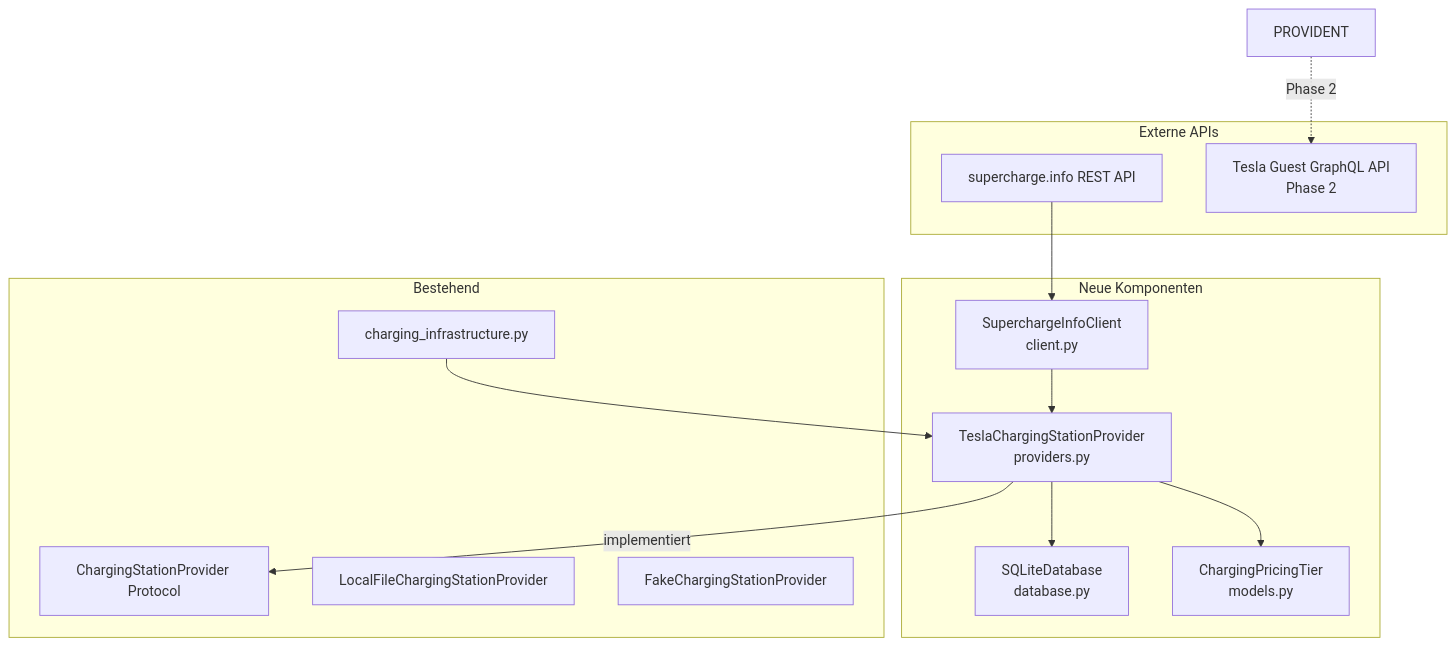
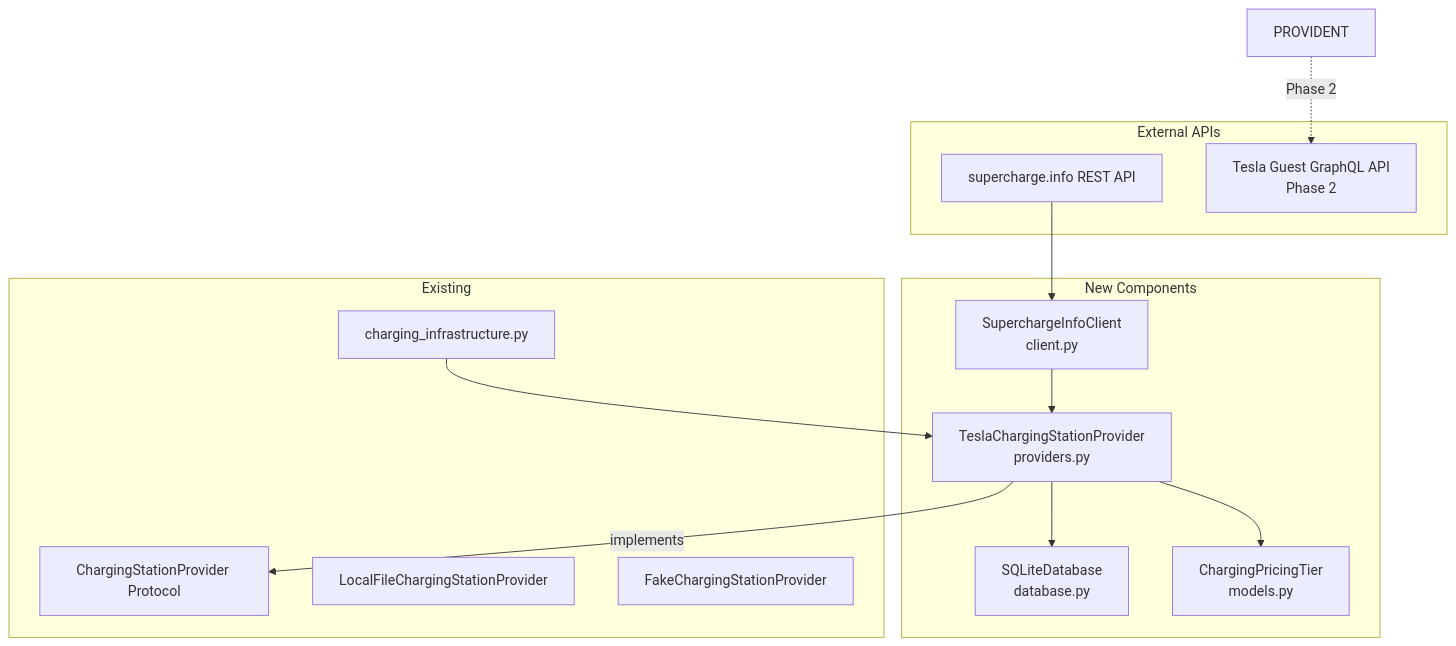
Before and after one commit to phldgmn/tesla-trips: the diagram in docs/plans/09-tesla-charging-station-provider.md, drawn with Mermaid. The commit also changed other lines of this file and 34 other files, not shown here.

````diff
--- a/docs/plans/09-tesla-charging-station-provider.md
+++ b/docs/plans/09-tesla-charging-station-provider.md
@@ -22,29 +22,29 @@
 ```mermaid
 graph TD
-    subgraph "Externe APIs"
+    subgraph "External APIs"
         SCI[supercharge.info REST API]
         TGQ[Tesla Guest GraphQL API<br/>Phase 2]
     end
 
-    subgraph "Neue Komponenten"
+    subgraph "New Components"
         CLIENT[SuperchargeInfoClient<br/>client.py]
         DB[SQLiteDatabase<br/>database.py]
         PROVIDER[TeslaChargingStationProvider<br/>providers.py]
         PRICING_MODEL[ChargingPricingTier<br/>models.py]
     end
 
-    subgraph "Bestehend"
+    subgraph "Existing"
         PROTOCOL[ChargingStationProvider Protocol]
         LOCALFILE[LocalFileChargingStationProvider]
         FAKE[FakeChargingStationProvider]
         CHARGING_FN[charging_infrastructure.py]
     end
 
     SCI --> CLIENT
     CLIENT --> PROVIDER
     PROVIDER --> DB
     PROVIDENT -.->|Phase 2| TGQ
-    PROVIDER -->|implementiert| PROTOCOL
+    PROVIDER -->|implements| PROTOCOL
     PROVIDER --> PRICING_MODEL
     CHARGING_FN --> PROVIDER
 ```
````
